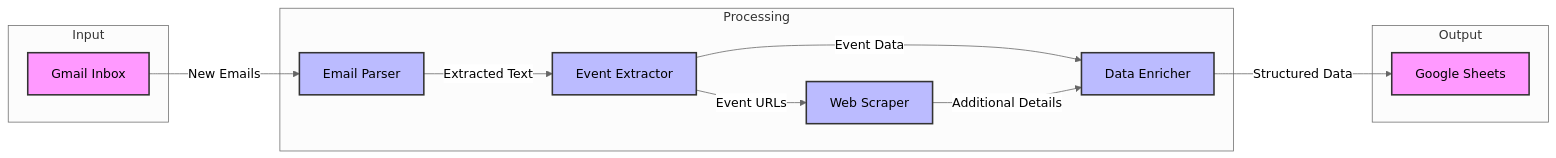
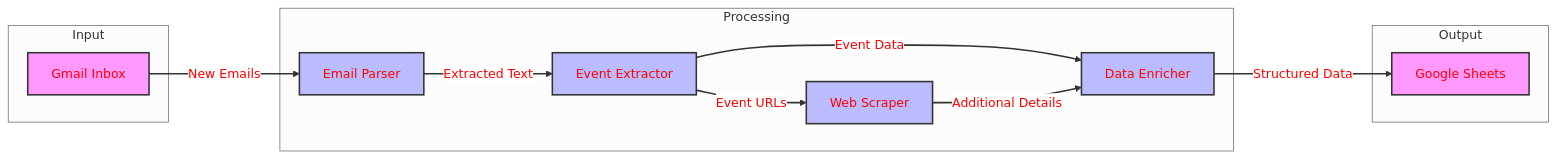
One commit to lauren-cordova/event-agent changed the diagram in README.md. Above: the diagram before and after it, drawn with Mermaid (neutral theme).

````diff
--- a/README.md
+++ b/README.md
@@ -20,31 +20,32 @@
 ```mermaid
 flowchart LR
     subgraph Input
         G[Gmail Inbox]
     end
 
     subgraph Processing
         E[Email Parser]
         X[Event Extractor]
         W[Web Scraper]
         D[Data Enricher]
     end
 
     subgraph Output
         S[Google Sheets]
     end
 
     G -->|New Emails| E
     E -->|Extracted Text| X
     X -->|Event Data| D
     X -->|Event URLs| W
     W -->|Additional Details| D
     D -->|Structured Data| S
 
-    style G fill:#f9f,stroke:#333,stroke-width:2px
-    style E fill:#bbf,stroke:#333,stroke-width:2px
-    style X fill:#bbf,stroke:#333,stroke-width:2px
-    style W fill:#bbf,stroke:#333,stroke-width:2px
-    style D fill:#bbf,stroke:#333,stroke-width:2px
-    style S fill:#f9f,stroke:#333,stroke-width:2px
+    style G fill:#f9f,stroke:#333,stroke-width:2px,color:red
+    style E fill:#bbf,stroke:#333,stroke-width:2px,color:red
+    style X fill:#bbf,stroke:#333,stroke-width:2px,color:red
+    style W fill:#bbf,stroke:#333,stroke-width:2px,color:red
+    style D fill:#bbf,stroke:#333,stroke-width:2px,color:red
+    style S fill:#f9f,stroke:#333,stroke-width:2px,color:red
+    linkStyle default stroke:#333,stroke-width:2px,color:red
 ```
````
